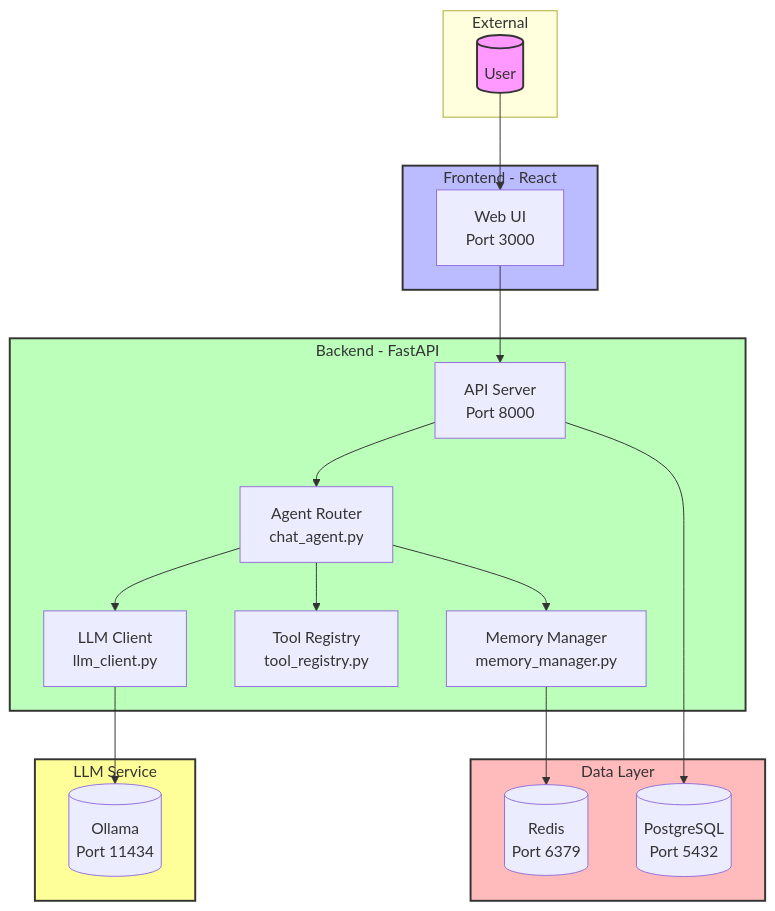
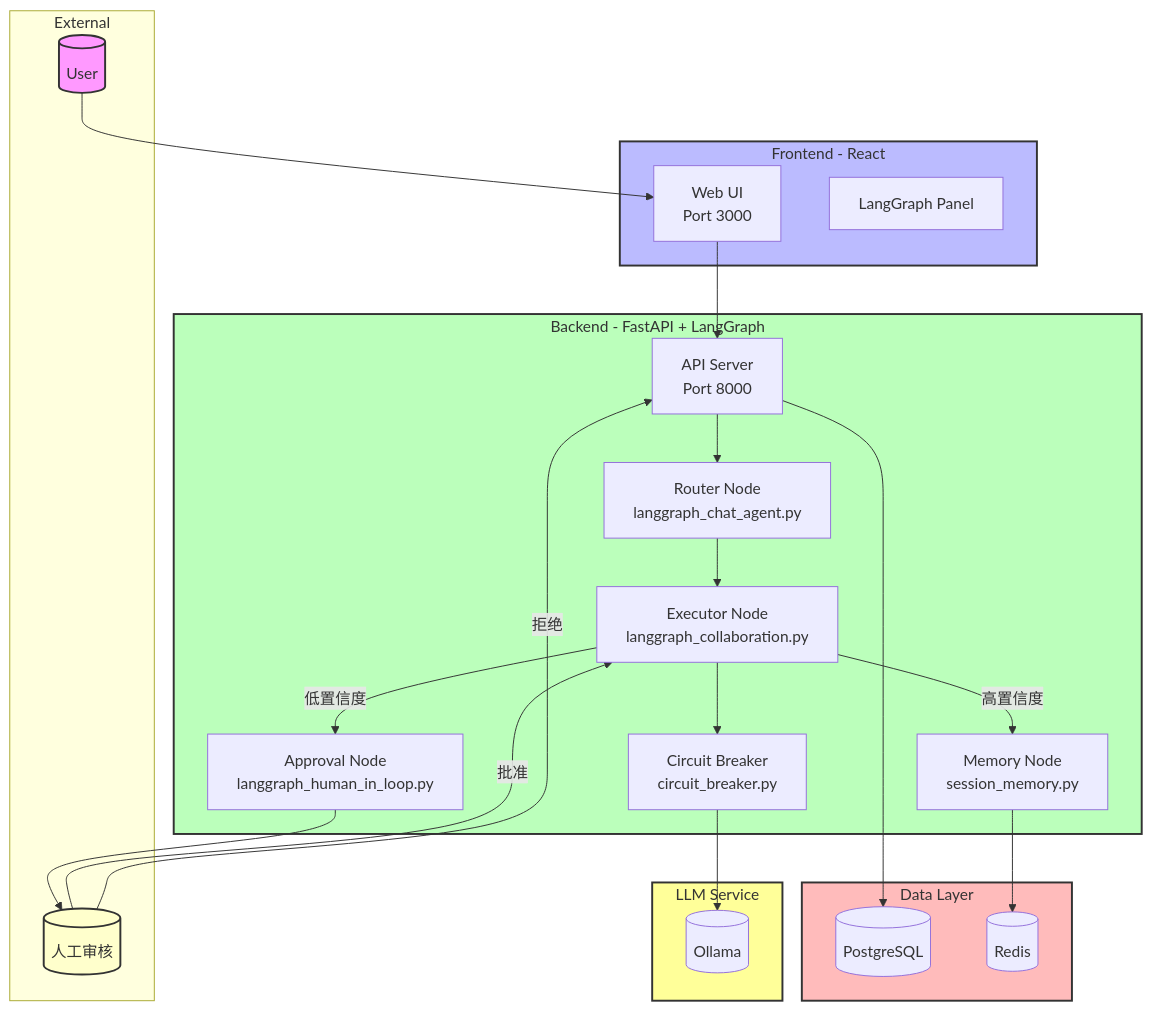
The first of 2 diagrams in ai-saas-week2/README.md (leiluZ/ai-native-saas), drawn with Mermaid before and after one commit. The commit also changed other lines of this file and 10 other files, not shown here.

````diff
--- a/ai-saas-week2/README.md
+++ b/ai-saas-week2/README.md
@@ -7,43 +45,51 @@
 ```mermaid
 graph TB
     subgraph External["External"]
         User[("User")]
+        Reviewer[("人工审核")]
     end
 
     subgraph Frontend["Frontend - React"]
         Web[Web UI<br/>Port 3000]
+        Panel[LangGraph Panel]
     end
 
-    subgraph Backend["Backend - FastAPI"]
+    subgraph Backend["Backend - FastAPI + LangGraph"]
         API[API Server<br/>Port 8000]
-        Agent[Agent Router<br/>chat_agent.py]
-        LLM[LLM Client<br/>llm_client.py]
-        Tools[Tool Registry<br/>tool_registry.py]
-        Memory[Memory Manager<br/>memory_manager.py]
+        Router[Router Node<br/>langgraph_chat_agent.py]
+        Executor[Executor Node<br/>langgraph_collaboration.py]
+        Approval[Approval Node<br/>langgraph_human_in_loop.py]
+        Memory[Memory Node<br/>session_memory.py]
+        CB[Circuit Breaker<br/>circuit_breaker.py]
     end
 
     subgraph Data["Data Layer"]
-        DB[(PostgreSQL<br/>Port 5432)]
-        Redis[(Redis<br/>Port 6379)]
+        DB[(PostgreSQL)]
+        Redis[(Redis)]
     end
 
     subgraph LLM_Service["LLM Service"]
-        Ollama[(Ollama<br/>Port 11434)]
+        Ollama[(Ollama)]
     end
 
     User --> Web
     Web --> API
-    API --> Agent
-    Agent --> LLM
-    Agent --> Tools
-    Agent --> Memory
-    LLM --> Ollama
+    API --> Router
+    Router --> Executor
+    Executor -->|低置信度| Approval
+    Executor -->|高置信度| Memory
+    Approval --> Reviewer
+    Reviewer -->|批准| Executor
+    Reviewer -->|拒绝| API
+    Executor --> CB
+    CB --> Ollama
     Memory --> Redis
     API --> DB
 
     style User fill:#f9f,stroke:#333,stroke-width:2px
+    style Reviewer fill:#ffc,stroke:#333,stroke-width:2px
     style Frontend fill:#bbf,stroke:#333,stroke-width:2px
     style Backend fill:#bfb,stroke:#333,stroke-width:2px
     style Data fill:#fbb,stroke:#333,stroke-width:2px
     style LLM_Service fill:#ff9,stroke:#333,stroke-width:2px
 ```
````
